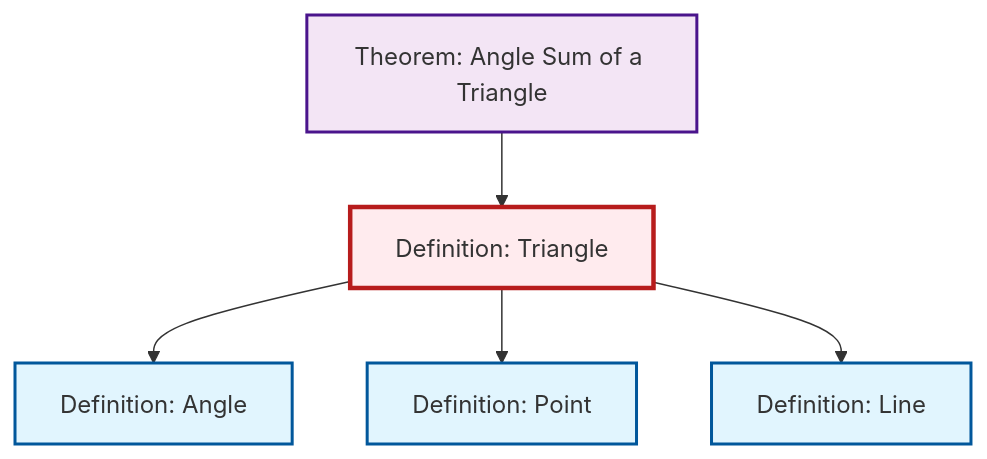
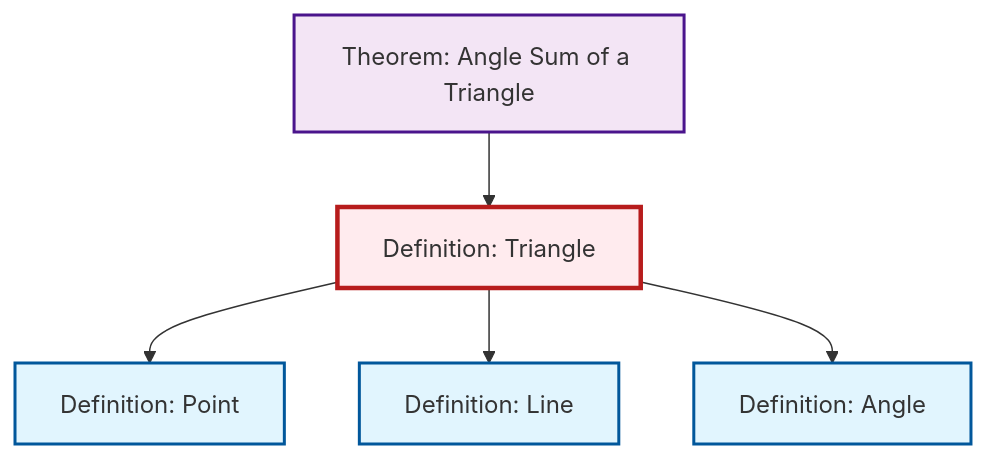
Before and after one commit to RK0429/ModernMath: the diagram in content/en/geometry/def-triangle.qmd, drawn with Mermaid. The commit also changed other lines of this file and 434 other files, not shown here.

````diff
--- a/content/en/geometry/def-triangle.qmd
+++ b/content/en/geometry/def-triangle.qmd
@@ -59,23 +59,23 @@
 ```{mermaid}
 %%| fig-cap: "Local dependency graph"
 graph TD
     classDef definition fill:#e1f5fe,stroke:#01579b,stroke-width:2px
     classDef theorem fill:#f3e5f5,stroke:#4a148c,stroke-width:2px
     classDef axiom fill:#fff3e0,stroke:#e65100,stroke-width:2px
     classDef example fill:#e8f5e9,stroke:#1b5e20,stroke-width:2px
     classDef current fill:#ffebee,stroke:#b71c1c,stroke-width:3px
-    def-point["Definition: Point"]:::definition
     thm-angle-sum-triangle["Theorem: Angle Sum of a Triangle"]:::theorem
+    def-line["Definition: Line"]:::definition
     def-triangle["Definition: Triangle"]:::definition
     def-angle["Definition: Angle"]:::definition
-    def-line["Definition: Line"]:::definition
+    def-point["Definition: Point"]:::definition
+    thm-angle-sum-triangle --> def-triangle
+    def-triangle --> def-point
+    def-triangle --> def-line
     def-triangle --> def-angle
-    def-triangle --> def-point
-    thm-angle-sum-triangle --> def-triangle
-    def-triangle --> def-line
     class def-triangle current
+    click thm-angle-sum-triangle "thm-angle-sum-triangle.html" "Go to Angle Sum of a Triangle theorem"
+    click def-line "def-line.html" "Go to Line definition"
+    click def-angle "def-angle.html" "Go to Angle definition"
     click def-point "def-point.html" "Go to Point definition"
-    click thm-angle-sum-triangle "thm-angle-sum-triangle.html" "Go to Angle Sum of a Triangle theorem"
-    click def-angle "def-angle.html" "Go to Angle definition"
-    click def-line "def-line.html" "Go to Line definition"
 ```
````
